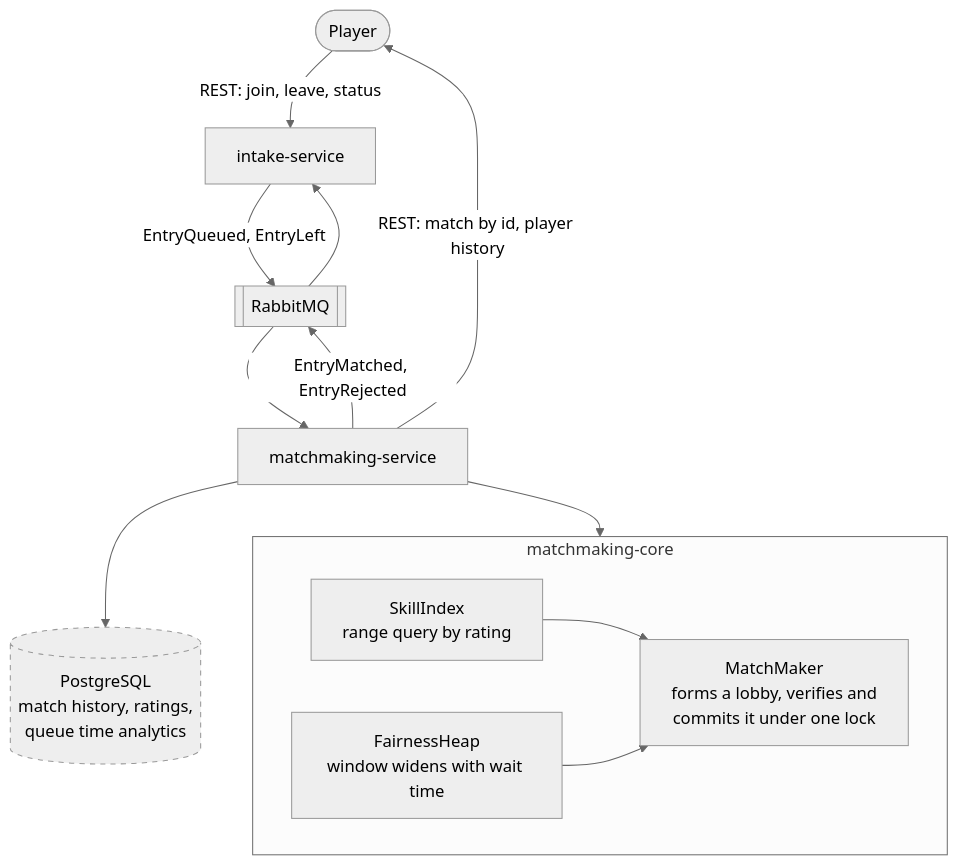
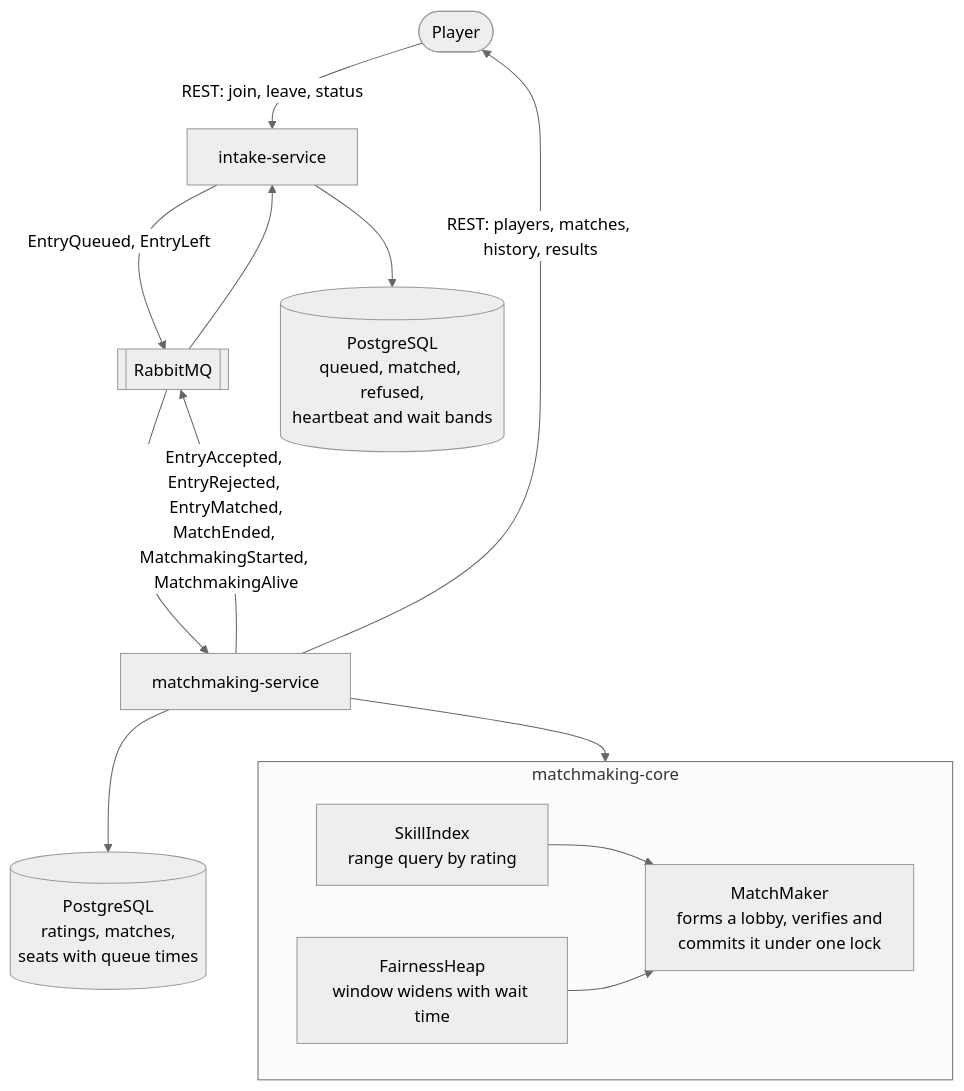
One commit to Amrovv/match3d changed the diagram in README.md. Above: the diagram before and after it, drawn with Mermaid (neutral theme). The commit also changed other lines of this file and 2 other files, not shown here.

Commit message:
docs: describe persistence, recovery and results

````diff
--- a/README.md
+++ b/README.md
@@ -85,26 +88,24 @@
 ```mermaid
 flowchart TD
     player(["Player"])
 
     player -->|"REST: join, leave, status"| intake["intake-service"]
     intake -->|"EntryQueued, EntryLeft"| queue[["RabbitMQ"]]
     queue --> service["matchmaking-service"]
-    service -->|"EntryMatched, EntryRejected"| queue
+    service -->|"EntryAccepted, EntryRejected, EntryMatched,<br/>MatchEnded, MatchmakingStarted, MatchmakingAlive"| queue
     queue --> intake
+    intake --> intakedb[("PostgreSQL<br/>queued, matched, refused,<br/>heartbeat and wait bands")]
 
     subgraph core["matchmaking-core"]
         direction LR
         index["SkillIndex<br/>range query by rating"]
         heap["FairnessHeap<br/>window widens with wait time"]
         matcher["MatchMaker<br/>forms a lobby, verifies and<br/>commits it under one lock"]
         index --> matcher
         heap --> matcher
     end
 
     service --> core
-    service --> db[("PostgreSQL<br/>match history, ratings,<br/>queue time analytics")]
-    service -->|"REST: match by id, player history"| player
-
-    classDef pending stroke-dasharray: 5 5;
-    class db pending;
+    service --> db[("PostgreSQL<br/>ratings, matches,<br/>seats with queue times")]
+    service -->|"REST: players, matches, history, results"| player
 ```
````
